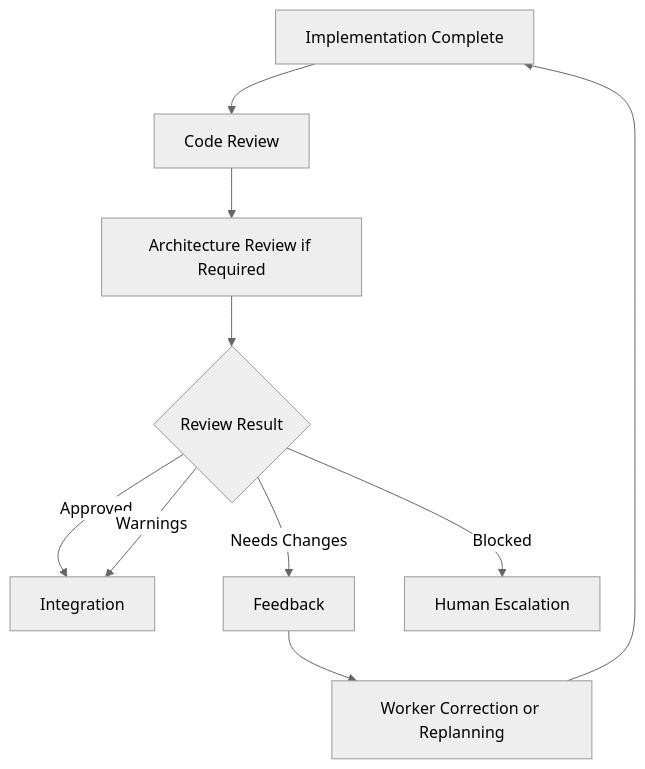
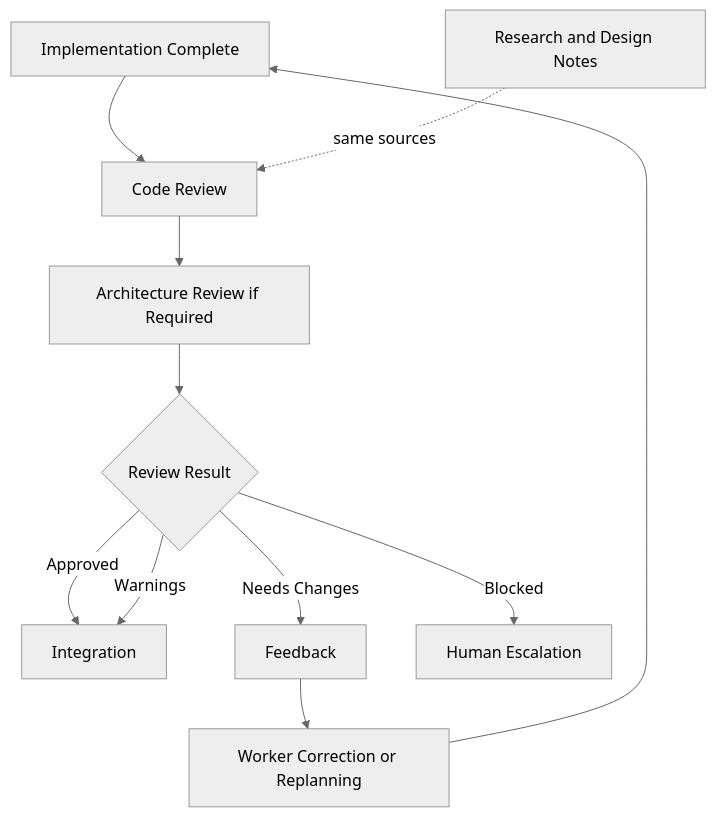
Before and after one commit to leoarkiteto/ai-software-factory-kit: the seventh of 9 diagrams in docs/architecture.md, drawn with Mermaid (neutral theme). The commit also changed other lines of this file and 17 other files, not shown here.

First line of the commit message:
Show the research and design workers in the diagrams

````diff
--- a/docs/architecture.md
+++ b/docs/architecture.md
@@ -544,14 +566,15 @@
 ```mermaid
 flowchart TD
     A[Implementation Complete] --> B[Code Review]
+    N["Research and Design Notes"] -. "same sources" .-> B
     B --> C[Architecture Review if Required]
     C --> D{Review Result}
 
     D -->|Approved| E[Integration]
     D -->|Warnings| E
     D -->|Needs Changes| F[Feedback]
     D -->|Blocked| G[Human Escalation]
 
     F --> H[Worker Correction or Replanning]
     H --> A
 ```
````
